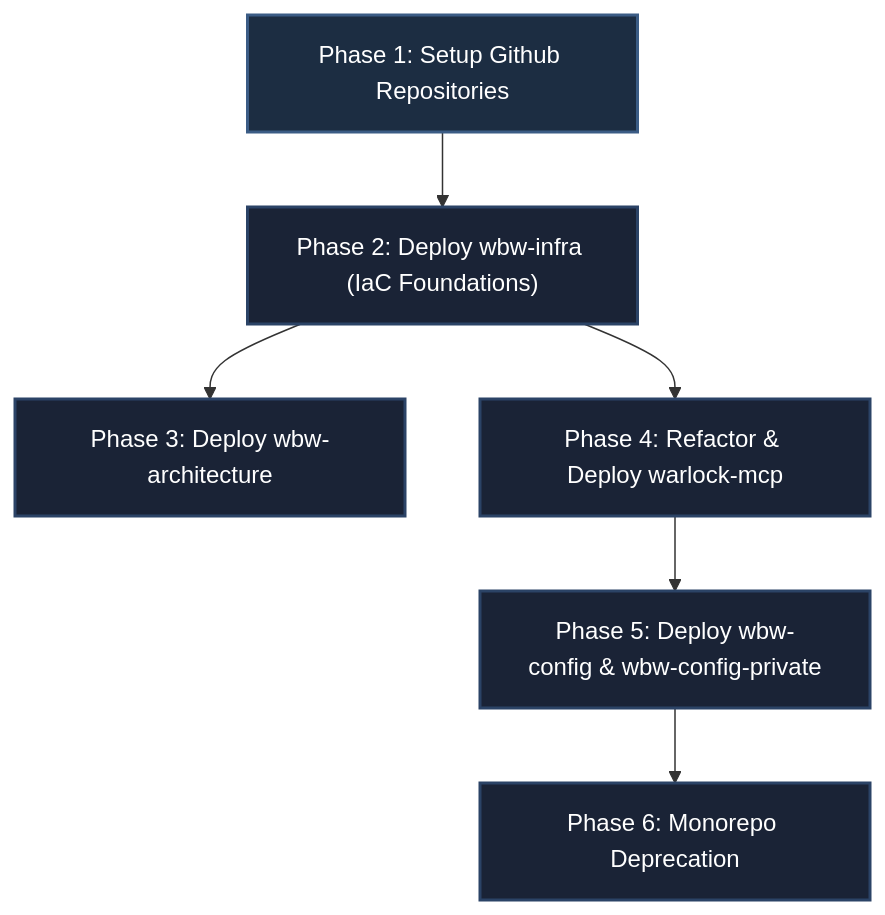
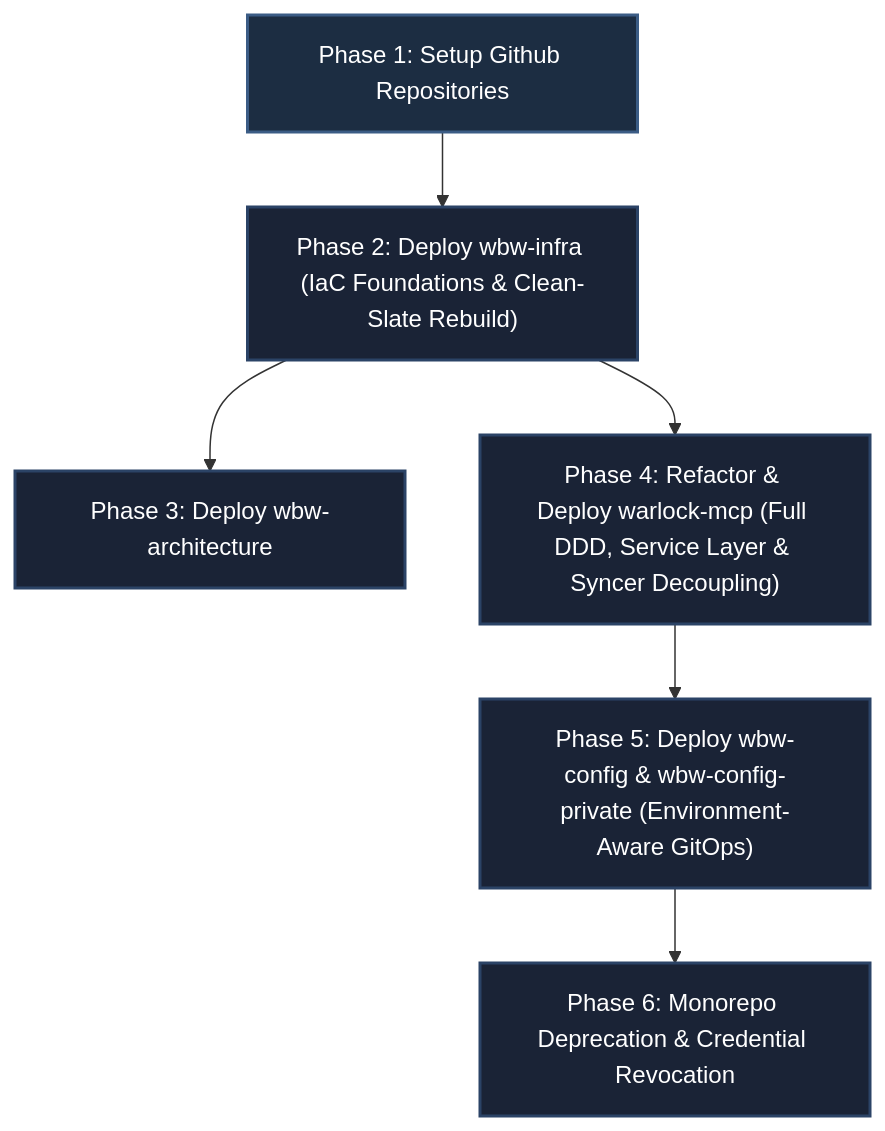
Before and after one commit to Works-by-Worrell/wbw-architecture: the diagram in blueprints/0002-repository-split-and-gitops-config-separation.md, drawn with Mermaid. The commit also changed other lines of this file and 1 other file, not shown here.

````diff
--- a/blueprints/0002-repository-split-and-gitops-config-separation.md
+++ b/blueprints/0002-repository-split-and-gitops-config-separation.md
@@ -13,20 +13,20 @@
 ```mermaid
 graph TD
     classDef repo fill:#2a2b36,stroke:#4e5166,stroke-width:2px,color:#fff;
     classDef step fill:#1a2336,stroke:#2b4366,stroke-width:2px,color:#fff;
 
     Step1["Phase 1: Setup Github Repositories"]:::step
-    Step2["Phase 2: Deploy wbw-infra (IaC Foundations)"]:::step
+    Step2["Phase 2: Deploy wbw-infra (IaC Foundations & Clean-Slate Rebuild)"]:::step
     Step3["Phase 3: Deploy wbw-architecture"]:::step
-    Step4["Phase 4: Refactor & Deploy warlock-mcp"]:::step
-    Step5["Phase 5: Deploy wbw-config & wbw-config-private"]:::step
-    Step6["Phase 6: Monorepo Deprecation"]:::step
+    Step4["Phase 4: Refactor & Deploy warlock-mcp (Full DDD, Service Layer & Syncer Decoupling)"]:::step
+    Step5["Phase 5: Deploy wbw-config & wbw-config-private (Environment-Aware GitOps)"]:::step
+    Step6["Phase 6: Monorepo Deprecation & Credential Revocation"]:::step
 
     Step1 --> Step2
     Step2 --> Step3
     Step2 --> Step4
     Step4 --> Step5
     Step5 --> Step6
 
     style Step1 fill:#1c2d42,stroke:#3b5c85
 ```
````
